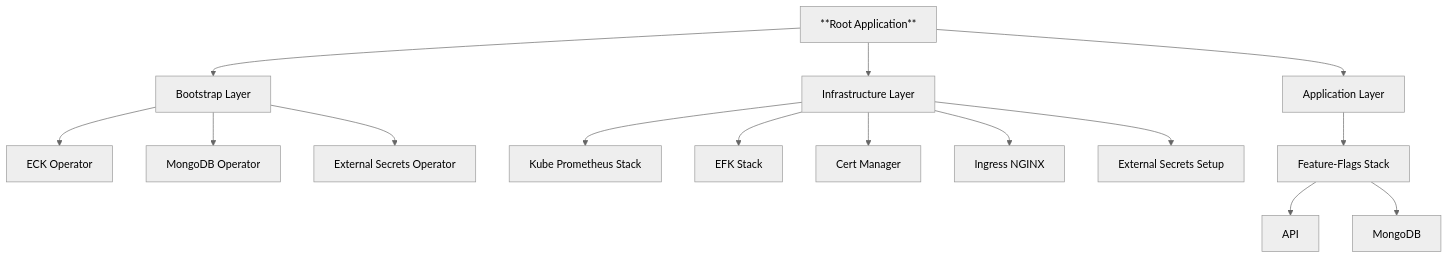
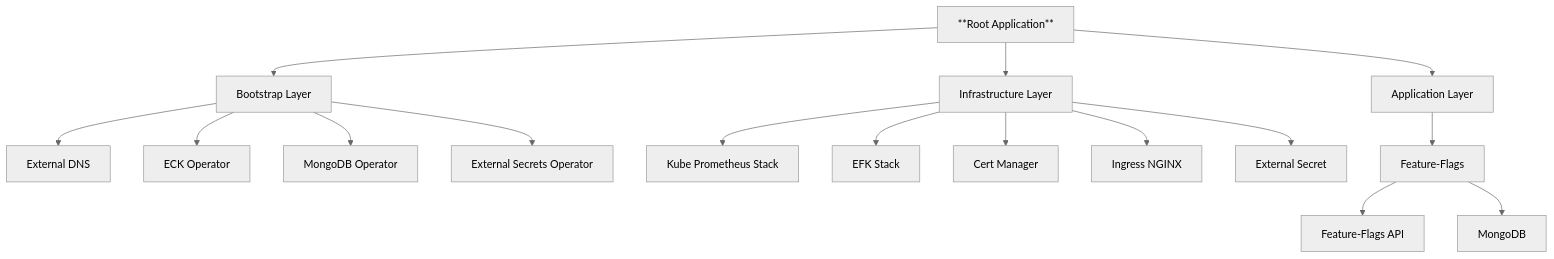
The diagram in README.md (shaarron/feature-flags-resources), drawn with Mermaid (neutral theme) before and after one commit. The commit also changed other lines of this file and 74 other files, not shown here.

````diff
--- a/README.md
+++ b/README.md
@@ -34,19 +60,20 @@
 ```mermaid
 graph TD
   A[**Root Application**] --> B[Bootstrap Layer]
+  B --> B1[External DNS]
   B --> B2[ECK Operator]
   B --> B3[MongoDB Operator]
   B --> B4[External Secrets Operator]
 
   A --> C[Infrastructure Layer]
   C --> C1[Kube Prometheus Stack]
   C --> C2[EFK Stack]
   C --> C4[Cert Manager]
   C --> C5[Ingress NGINX]
-  C --> C6[External Secrets Setup]
+  C --> C6[External Secret]
 
   A --> D[Application Layer]
-  D --> D1[Feature-Flags Stack]
-  D1 --> D2[API]
+  D --> D1[Feature-Flags]
+  D1 --> D2[Feature-Flags API]
   D1 --> D3[MongoDB]
 ```
````
